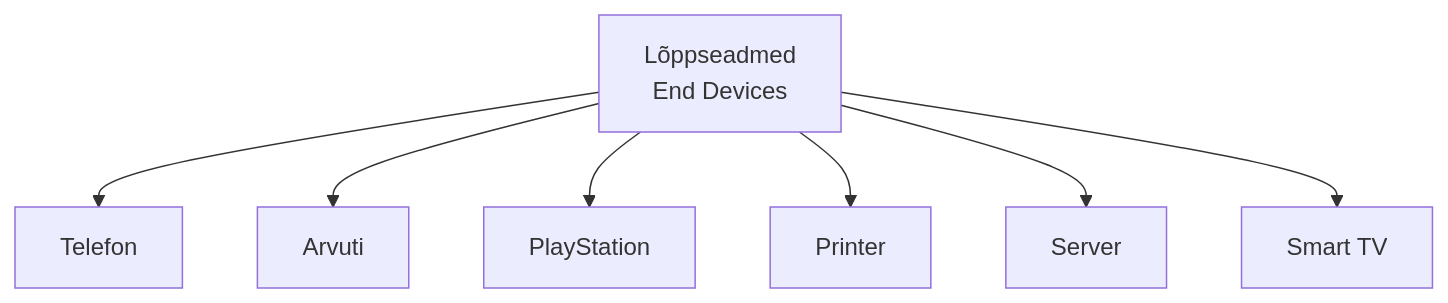
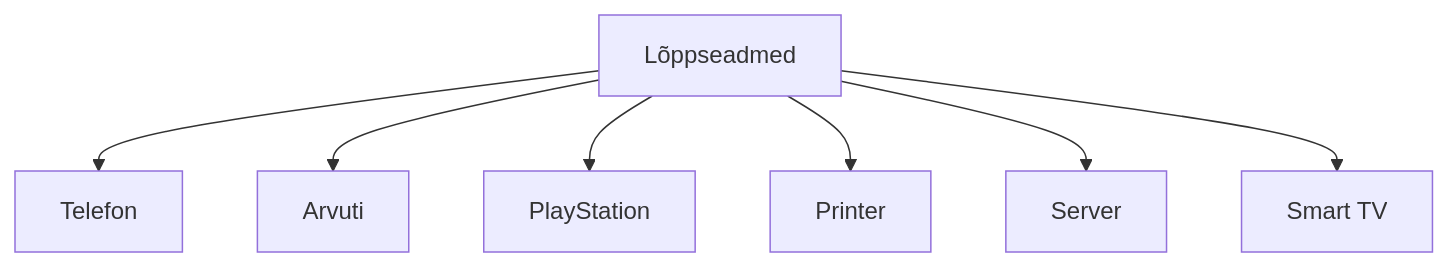
One commit to mtalvik/av_alused changed the sixth of 11 diagrams in Lecture/loeng1_slaidid.md. Above: the diagram before and after it, drawn with Mermaid. The commit also changed other lines of this file and 2 other files, not shown here.

````diff
--- a/Lecture/loeng1_slaidid.md
+++ b/Lecture/loeng1_slaidid.md
@@ -134,9 +135,9 @@
 ```mermaid
 graph TD
-    A[Lõppseadmed<br/>End Devices] --> B[Telefon]
+    A[Lõppseadmed] --> B[Telefon]
     A --> C[Arvuti]
     A --> D[PlayStation]
     A --> E[Printer]
     A --> F[Server]
     A --> G[Smart TV]
 ```
````
